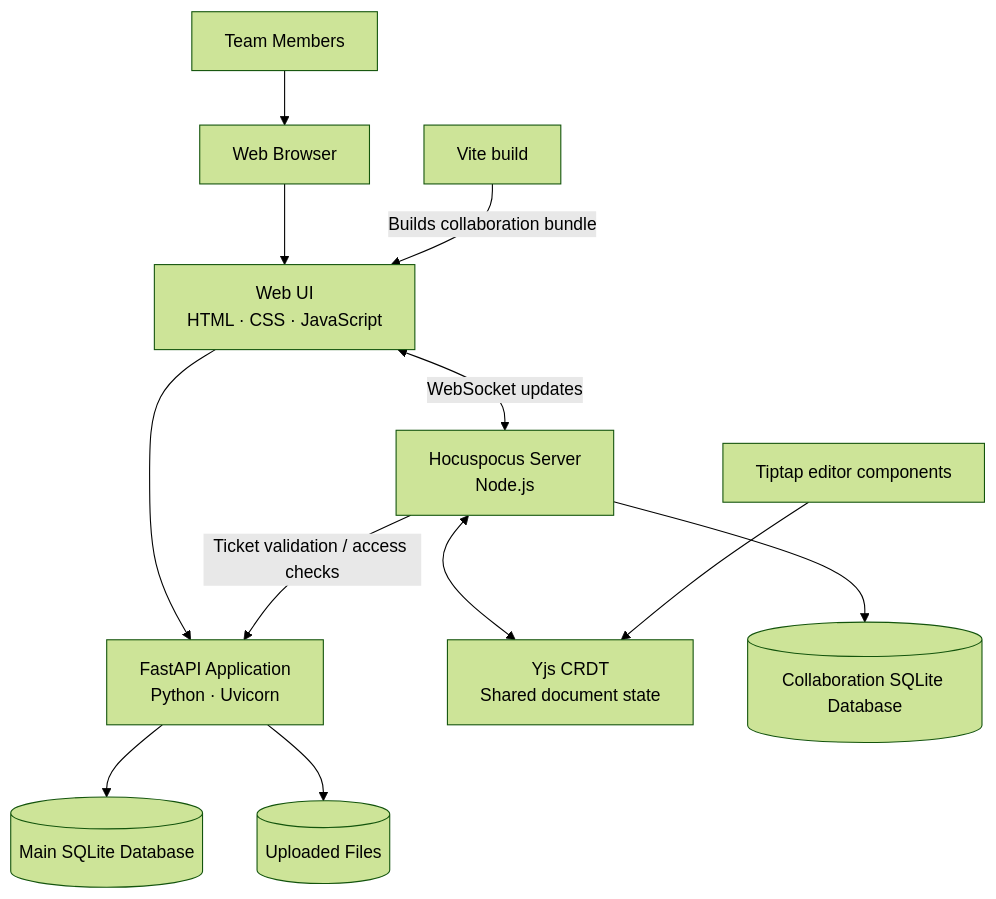
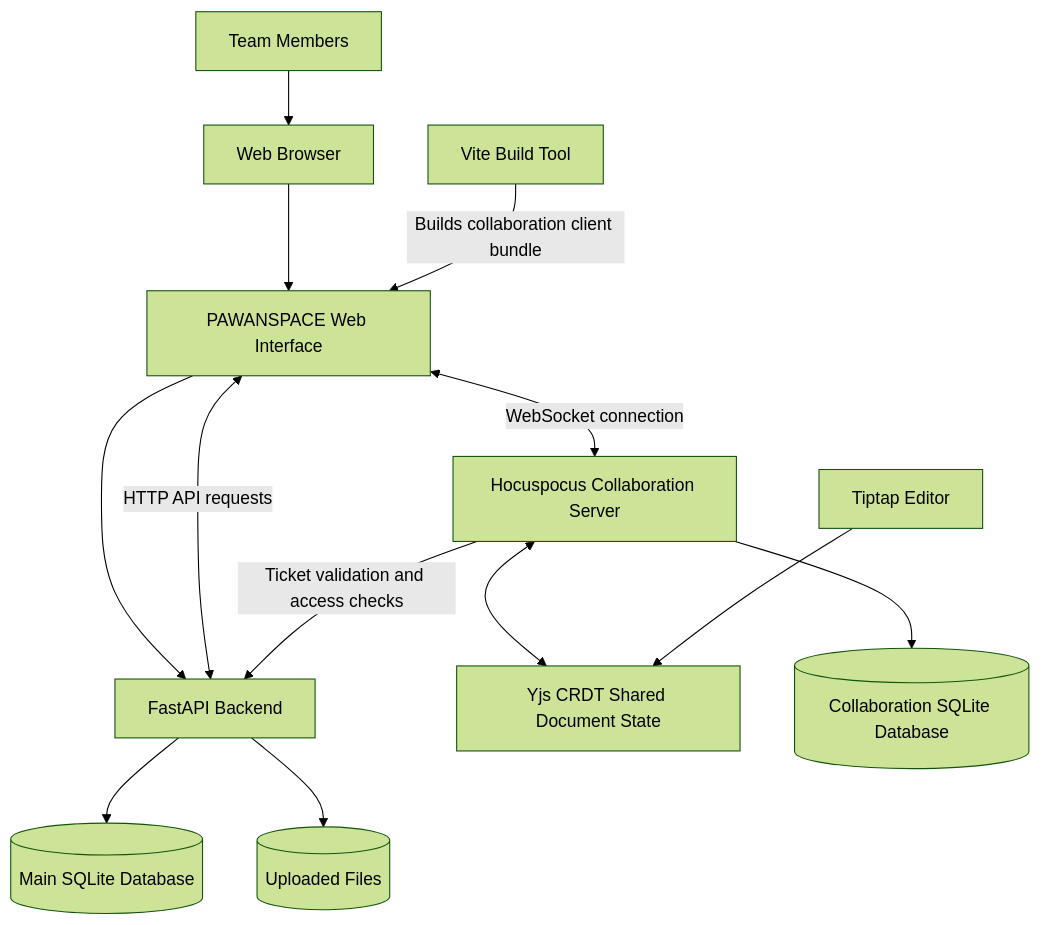
The diagram in README.md (PAWAN0207/PAWANSPACE), drawn with Mermaid (forest theme) before and after one commit. The commit also changed other lines of this file, not shown here.

Commit message:
Finalize README architecture and technology stack

````diff
--- a/README.md
+++ b/README.md
@@ -57,14 +57,17 @@
 ```mermaid
-flowchart TB
-    U[Team Members] --> B[Web Browser]
-    B --> UI[Web UI<br/>HTML · CSS · JavaScript]
-    UI --> API[FastAPI Application<br/>Python · Uvicorn]
-    API --> DB[(Main SQLite Database)]
-    API --> FS[(Uploaded Files)]
-    UI <-->|WebSocket updates| H[Hocuspocus Server<br/>Node.js]
-    H <--> Y[Yjs CRDT<br/>Shared document state]
-    H --> CDB[(Collaboration SQLite Database)]
-    H -->|Ticket validation / access checks| API
-    V[Vite build] -->|Builds collaboration bundle| UI
-    T[Tiptap editor components] --> Y
+flowchart TD
+    USER["Team Members"] --> BROWSER["Web Browser"]
+    BROWSER --> FRONTEND["PAWANSPACE Web Interface"]
+    FRONTEND --> API["FastAPI Backend"]
+    API --> APPDB[("Main SQLite Database")]
+    API --> FILES[("Uploaded Files")]
+
+    FRONTEND <-->|"HTTP API requests"| API
+    FRONTEND <-->|"WebSocket connection"| HUB["Hocuspocus Collaboration Server"]
+    HUB <--> YJS["Yjs CRDT Shared Document State"]
+    HUB --> COLLABDB[("Collaboration SQLite Database")]
+    HUB -->|"Ticket validation and access checks"| API
+
+    TIPTAP["Tiptap Editor"] --> YJS
+    VITE["Vite Build Tool"] -->|"Builds collaboration client bundle"| FRONTEND
 ```
````
